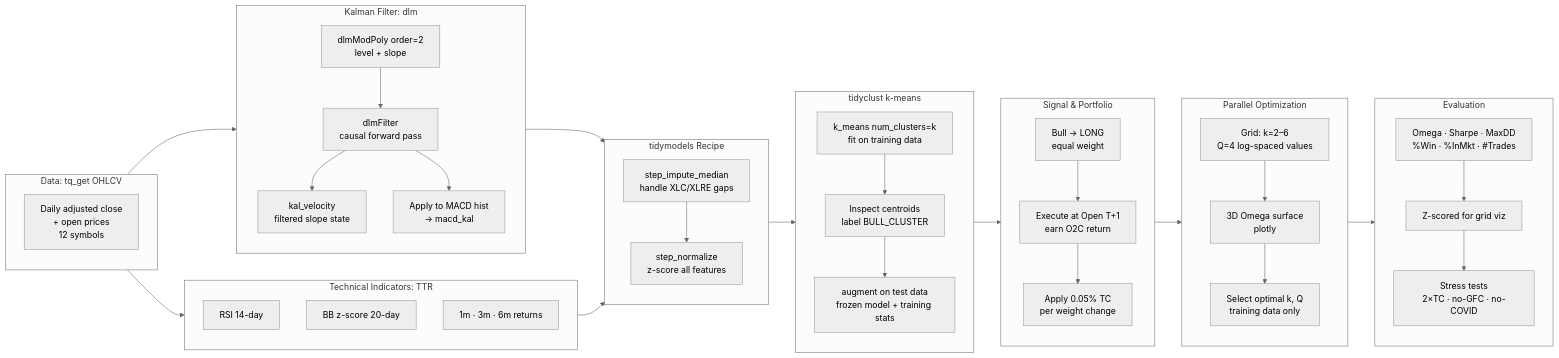
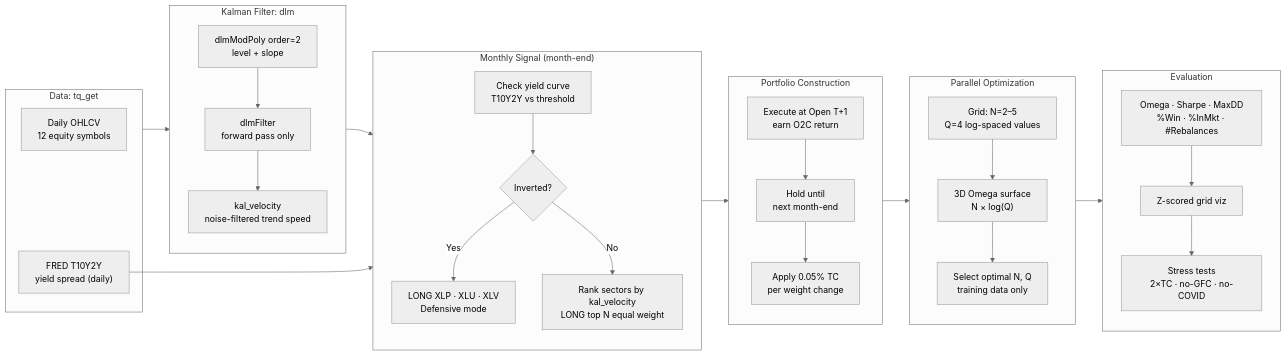
Before and after one commit to cvereschagin/QTP_Final: the second of 2 diagrams in momentum_sector_rotation.qmd, drawn with Mermaid (neutral theme). The commit also changed other lines of this file and 2 other files, not shown here.

````diff
--- a/momentum_sector_rotation.qmd
+++ b/momentum_sector_rotation.qmd
@@ -318,38 +309,32 @@
 ```{mermaid}
 flowchart LR
-    subgraph DATA ["Data: tq_get OHLCV"]
-        D1["Daily adjusted close\n+ open prices\n12 symbols"]
+    subgraph DATA ["Data: tq_get"]
+        D1["Daily OHLCV\n12 equity symbols"]
+        D2["FRED T10Y2Y\nyield spread (daily)"]
     end
     subgraph KALMAN ["Kalman Filter: dlm"]
-        K1["dlmModPoly order=2\nlevel + slope"] --> K2["dlmFilter\ncausal forward pass"]
-        K2 --> K3["kal_velocity\nfiltered slope state"]
-        K2 --> K4["Apply to MACD hist\n→ macd_kal"]
+        K1["dlmModPoly order=2\nlevel + slope"] --> K2["dlmFilter\nforward pass only"]
+        K2 --> K3["kal_velocity\nnoise-filtered trend speed"]
     end
-    subgraph TECH ["Technical Indicators: TTR"]
-        I1["RSI 14-day"]
-        I2["BB z-score 20-day"]
-        I3["1m · 3m · 6m returns"]
+    subgraph SIGNAL ["Monthly Signal (month-end)"]
+        S1["Check yield curve\nT10Y2Y vs threshold"] --> S2{Inverted?}
+        S2 -- Yes --> S3["LONG XLP · XLU · XLV\nDefensive mode"]
+        S2 -- No  --> S4["Rank sectors by kal_velocity\nLONG top N equal weight"]
     end
-    subgraph RECIPE ["tidymodels Recipe"]
-        R1["step_impute_median\nhandle XLC/XLRE gaps"] --> R2["step_normalize\nz-score all features"]
-    end
-    subgraph CLUSTER ["tidyclust k-means"]
-        C1["k_means num_clusters=k\nfit on training data"] --> C2["Inspect centroids\nlabel BULL_CLUSTER"]
-        C2 --> C3["augment on test data\nfrozen model + training stats"]
-    end
-    subgraph SIGNAL ["Signal & Portfolio"]
-        S1["Bull → LONG\nequal weight"] --> S2["Execute at Open T+1\nearn O2C return"]
-        S2 --> S3["Apply 0.05% TC\nper weight change"]
+    subgraph PORT ["Portfolio Construction"]
+        P1["Execute at Open T+1\nearn O2C return"] --> P2["Hold until\nnext month-end"]
+        P2 --> P3["Apply 0.05% TC\nper weight change"]
     end
     subgraph OPT ["Parallel Optimization"]
-        O1["Grid: k=2–6\nQ=4 log-spaced values"] --> O2["3D Omega surface\nplotly"]
-        O2 --> O3["Select optimal k, Q\ntraining data only"]
+        O1["Grid: N=2–5\nQ=4 log-spaced values"] --> O2["3D Omega surface\nN × log(Q)"]
+        O2 --> O3["Select optimal N, Q\ntraining data only"]
     end
     subgraph EVAL ["Evaluation"]
-        E1["Omega · Sharpe · MaxDD\n%Win · %InMkt · #Trades"] --> E2["Z-scored for grid viz"]
+        E1["Omega · Sharpe · MaxDD\n%Win · %InMkt · #Rebalances"] --> E2["Z-scored grid viz"]
         E2 --> E3["Stress tests\n2×TC · no-GFC · no-COVID"]
     end
-    DATA --> KALMAN & TECH
-    KALMAN & TECH --> RECIPE
-    RECIPE --> CLUSTER --> SIGNAL --> OPT --> EVAL
+    DATA --> KALMAN
+    KALMAN --> SIGNAL
+    D2 --> SIGNAL
+    SIGNAL --> PORT --> OPT --> EVAL
 ```
````
